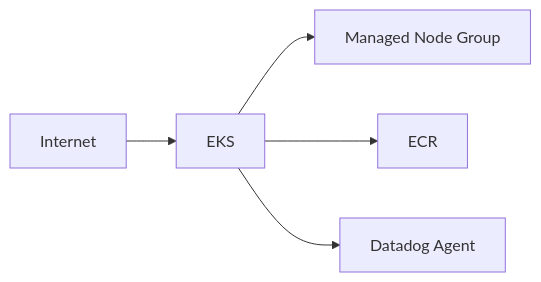
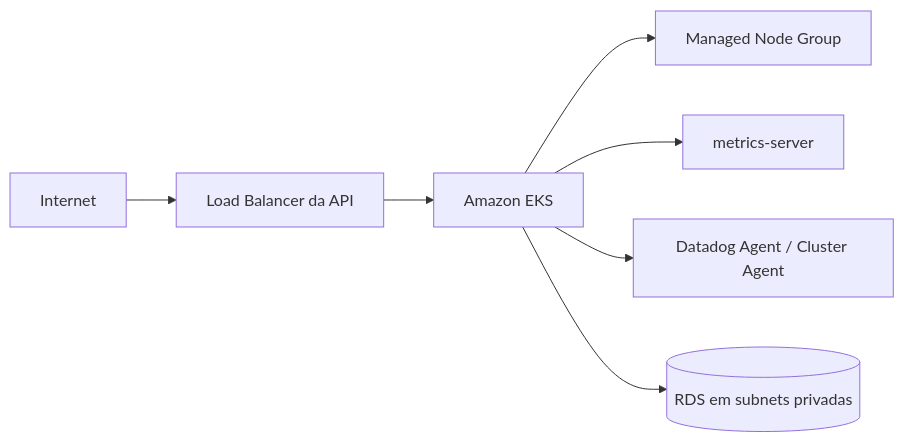
One commit to YasminLuna/oficina-k8s-infra changed the diagram in README.md. Above: the diagram before and after it, drawn with Mermaid. The commit also changed other lines of this file, not shown here.

````diff
--- a/README.md
+++ b/README.md
@@ -6,7 +11,9 @@
 ```mermaid
-graph LR
-  Internet --> EKS
+flowchart LR
+  Internet --> LB[Load Balancer da API]
+  LB --> EKS[Amazon EKS]
   EKS --> Nodes[Managed Node Group]
-  EKS --> ECR
-  EKS --> DD[Datadog Agent]
+  EKS --> MS[metrics-server]
+  EKS --> DD[Datadog Agent / Cluster Agent]
+  EKS --> RDS[(RDS em subnets privadas)]
 ```
````
